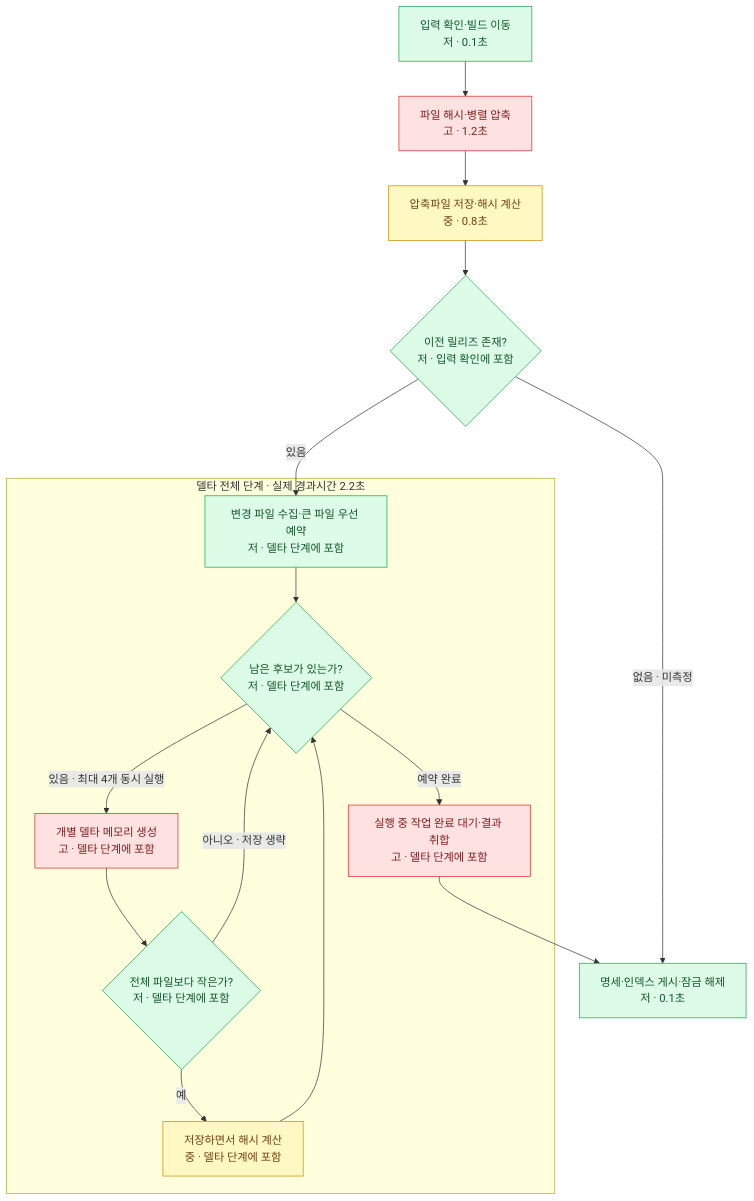
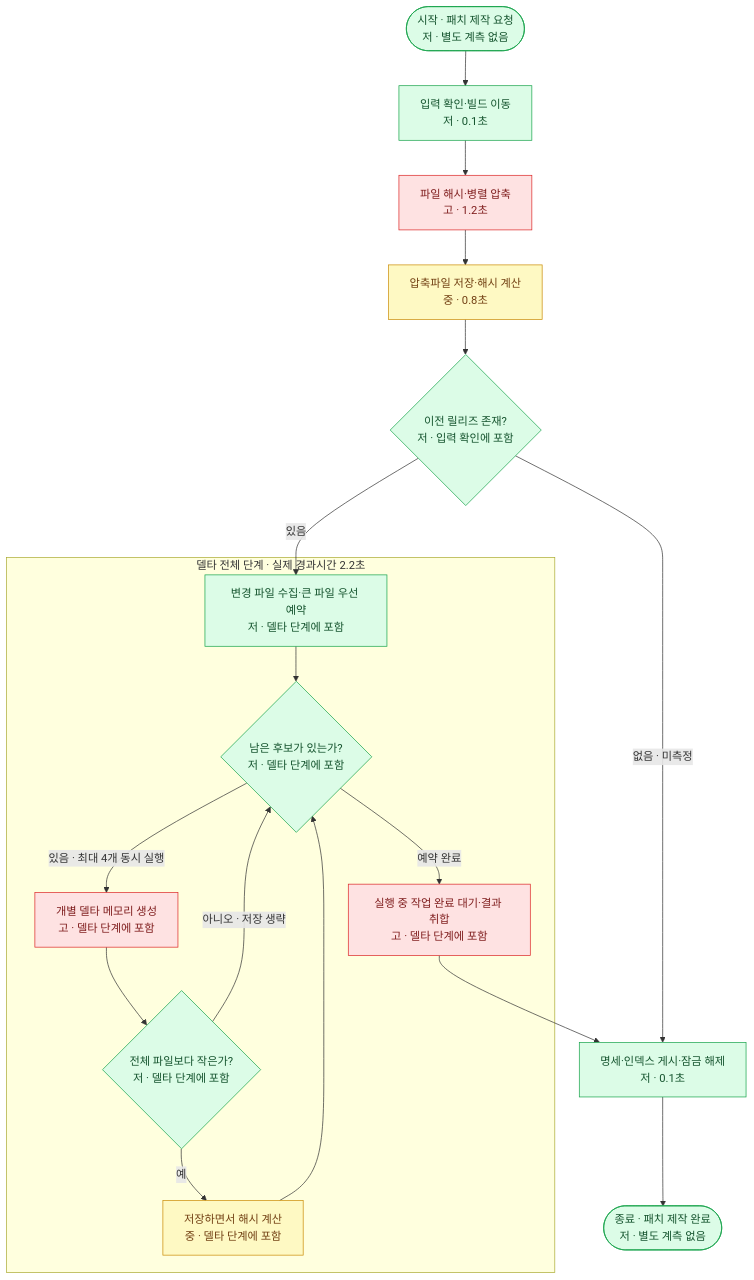
One commit to ParkMinDev/AgentSkills changed the diagram in skills/algorithm-flowchart/references/measurement.md. Above: the diagram before and after it, drawn with Mermaid. The commit also changed 2 other files, not shown here.

Commit message:
Clarify flowchart entry and exit nodes

````diff
--- a/skills/algorithm-flowchart/references/measurement.md
+++ b/skills/algorithm-flowchart/references/measurement.md
@@ -35,24 +35,26 @@
 ```mermaid
 flowchart TD
+    START(["시작 · 패치 제작 요청<br/>저 · 별도 계측 없음"]) --> A
     A["입력 확인·빌드 이동<br/>저 · 0.1초"] --> B["파일 해시·병렬 압축<br/>고 · 1.2초"]
     B --> C["압축파일 저장·해시 계산<br/>중 · 0.8초"]
     C --> D{"이전 릴리즈 존재?<br/>저 · 입력 확인에 포함"}
     D -->|없음 · 미측정| K
     D -->|있음| E
     subgraph DELTA["델타 전체 단계 · 실제 경과시간 2.2초"]
         E["변경 파일 수집·큰 파일 우선 예약<br/>저 · 델타 단계에 포함"] --> F{"남은 후보가 있는가?<br/>저 · 델타 단계에 포함"}
         F -->|있음 · 최대 4개 동시 실행| G["개별 델타 메모리 생성<br/>고 · 델타 단계에 포함"]
         G --> H{"전체 파일보다 작은가?<br/>저 · 델타 단계에 포함"}
         H -->|예| I["저장하면서 해시 계산<br/>중 · 델타 단계에 포함"]
         H -->|아니오 · 저장 생략| F
         I --> F
         F -->|예약 완료| J["실행 중 작업 완료 대기·결과 취합<br/>고 · 델타 단계에 포함"]
     end
     J --> K["명세·인덱스 게시·잠금 해제<br/>저 · 0.1초"]
+    K --> END(["종료 · 패치 제작 완료<br/>저 · 별도 계측 없음"])
     classDef low fill:#dcfce7,stroke:#16a34a,color:#14532d
     classDef medium fill:#fef9c3,stroke:#ca8a04,color:#713f12
     classDef high fill:#fee2e2,stroke:#dc2626,color:#7f1d1d
-    class A,D,E,F,H,K low
+    class START,END,A,D,E,F,H,K low
     class C,I medium
     class B,G,J high
 ```
````
